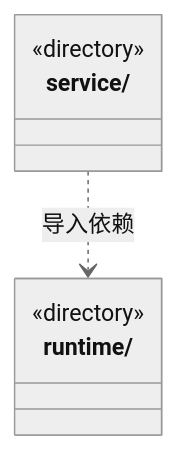
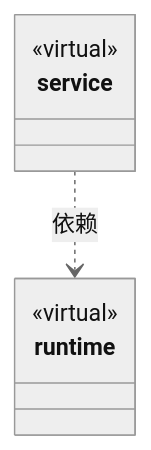
Before and after one commit to nan023062/cbim: the diagram in src/logic/history/ARCHITECTURE.md, drawn with Mermaid (neutral theme). The commit also changed other lines of this file and 158 other files, not shown here.

Commit message:
docs: model architecture through nested virtual encapsulations

````diff
--- a/src/logic/history/ARCHITECTURE.md
+++ b/src/logic/history/ARCHITECTURE.md
@@ -35,10 +17,12 @@
 ```mermaid
 classDiagram
-class N_src_logic_history_runtime["runtime/"] {
-  <<directory>>
+class N_940e41b85546["runtime"] {
+  <<virtual>>
 }
-class N_src_logic_history_service["service/"] {
-  <<directory>>
+click N_940e41b85546 href "runtime/ARCHITECTURE.md"
+class N_94823dada24e["service"] {
+  <<virtual>>
 }
-N_src_logic_history_service ..> N_src_logic_history_runtime : 导入依赖
+click N_94823dada24e href "service/ARCHITECTURE.md"
+N_94823dada24e ..> N_940e41b85546 : 依赖
 ```
````
